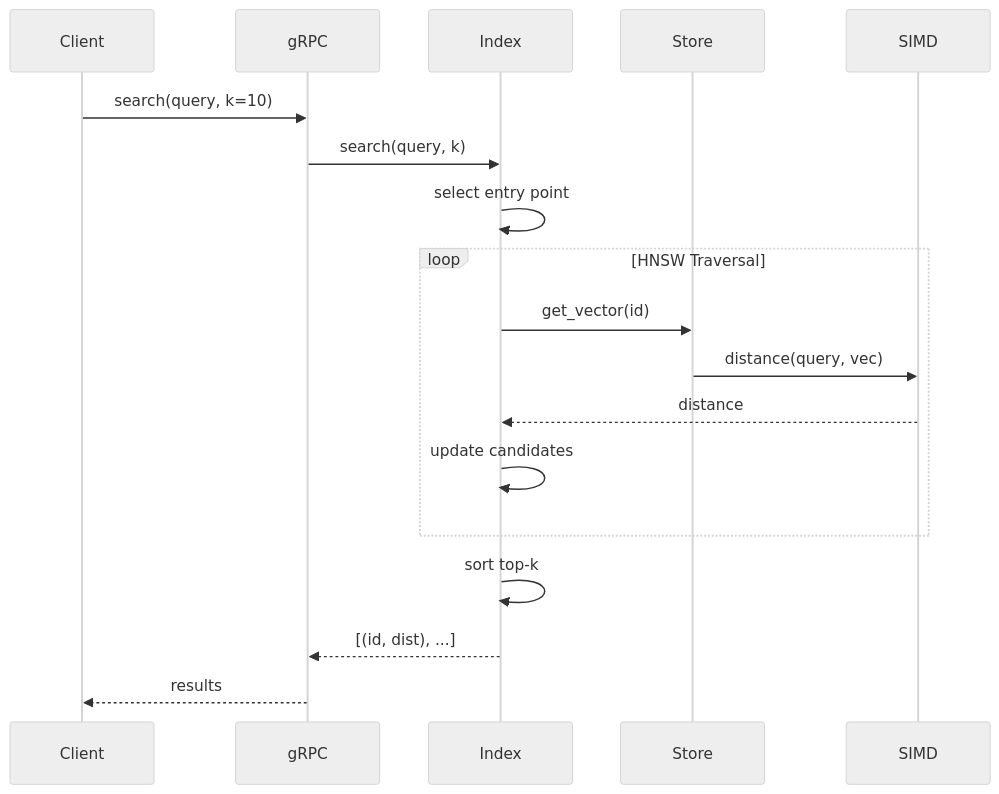
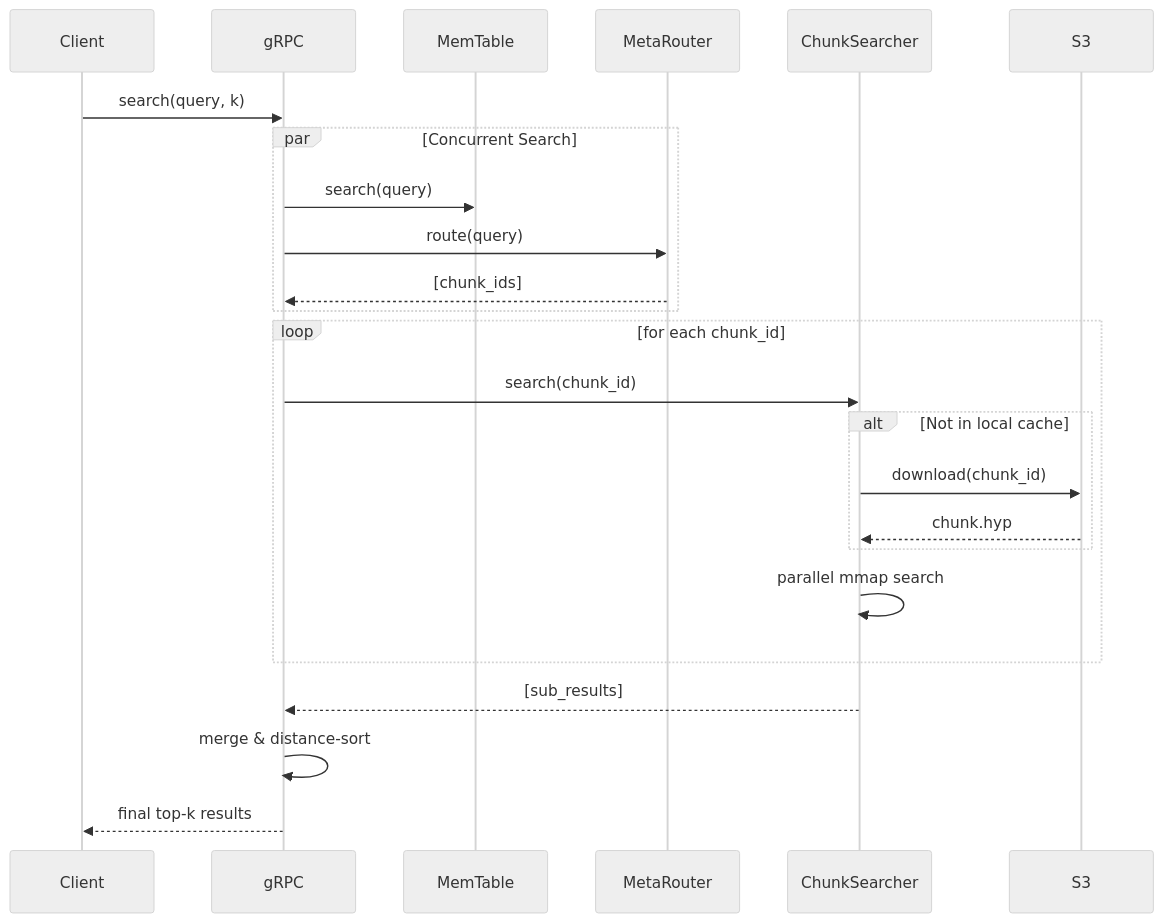
The third of 7 diagrams in docs/ARCHITECTURE.md (YARlabs/hyperspace-db), drawn with Mermaid (neutral theme) before and after one commit. The commit also changed other lines of this file and 79 other files, not shown here.

````diff
--- a/docs/ARCHITECTURE.md
+++ b/docs/ARCHITECTURE.md
@@ -88,21 +86,29 @@
 ```mermaid
 sequenceDiagram
     participant Client
     participant gRPC
-    participant Index
-    participant Store
-    participant SIMD
+    participant MemTable
+    participant MetaRouter
+    participant ChunkSearcher
+    participant S3
     
-    Client->>gRPC: search(query, k=10)
-    gRPC->>Index: search(query, k)
-    Index->>Index: select entry point
-    loop HNSW Traversal
-        Index->>Store: get_vector(id)
-        Store->>SIMD: distance(query, vec)
-        SIMD-->>Index: distance
-        Index->>Index: update candidates
+    Client->>gRPC: search(query, k)
+    par Concurrent Search
+        gRPC->>MemTable: search(query)
+        gRPC->>MetaRouter: route(query)
+        MetaRouter-->>gRPC: [chunk_ids]
     end
-    Index->>Index: sort top-k
-    Index-->>gRPC: [(id, dist), ...]
-    gRPC-->>Client: results
+    
+    loop for each chunk_id
+        gRPC->>ChunkSearcher: search(chunk_id)
+        alt Not in local cache
+            ChunkSearcher->>S3: download(chunk_id)
+            S3-->>ChunkSearcher: chunk.hyp
+        end
+        ChunkSearcher->>ChunkSearcher: parallel mmap search
+    end
+    
+    ChunkSearcher-->>gRPC: [sub_results]
+    gRPC->>gRPC: merge & distance-sort
+    gRPC-->>Client: final top-k results
 ```
````
